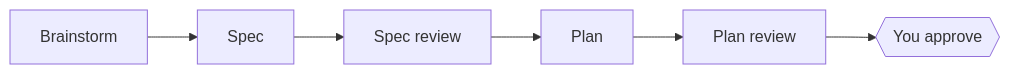
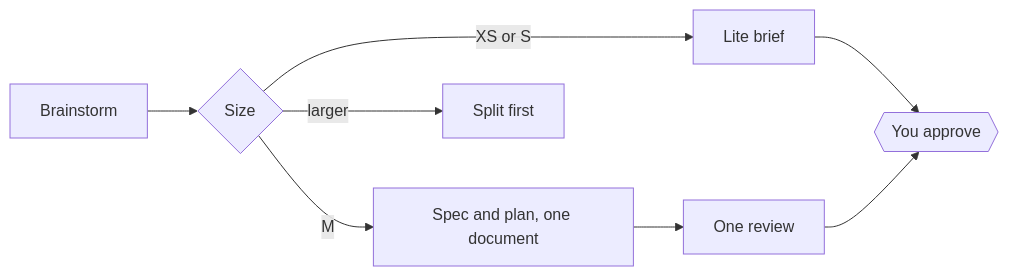
One commit to kkunan/agentic-delivery changed the first of 3 diagrams in README.md. Above: the diagram before and after it, drawn with Mermaid. The commit also changed other lines of this file and 6 other files, not shown here.

First line of the commit message:
Port size routing and recent review rules from the source project

````diff
--- a/README.md
+++ b/README.md
@@ -65,4 +65,6 @@
 ```mermaid
 flowchart LR
-    A[Brainstorm] --> B[Spec] --> C[Spec review] --> D[Plan] --> E[Plan review] --> G{{You approve}}
+    A[Brainstorm] --> S{Size} -->|XS or S| L[Lite brief] --> G{{You approve}}
+    S -->|M| D[Spec and plan, one document] --> E[One review] --> G
+    S -->|larger| X[Split first]
 ```
````
